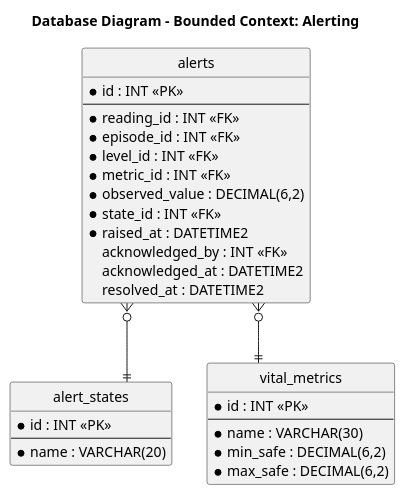
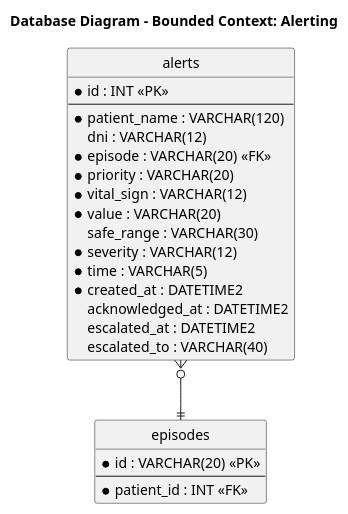
One commit to upc-pre-1ASI0730-2620-8155-SoliDevs/project-report changed the diagram in report/assets/plantuml/erd_alerts.puml. Above: the diagram before and after it, drawn with PlantUML. The commit also changed 11 other files, not shown here.

First line of the commit message:
docs(report): align class and database diagrams with implemented model

```diff
--- a/report/assets/plantuml/erd_alerts.puml
+++ b/report/assets/plantuml/erd_alerts.puml
@@ -1,34 +1,29 @@
 @startuml
 title Database Diagram - Bounded Context: Alerting
 hide circle
 skinparam linetype ortho
 
 entity "alerts" as alerts {
   * id : INT <<PK>>
   --
-  * reading_id : INT <<FK>>
-  * episode_id : INT <<FK>>
-  * level_id : INT <<FK>>
-  * metric_id : INT <<FK>>
-  * observed_value : DECIMAL(6,2)
-  * state_id : INT <<FK>>
-  * raised_at : DATETIME2
-  acknowledged_by : INT <<FK>>
+  * patient_name : VARCHAR(120)
+  dni : VARCHAR(12)
+  * episode : VARCHAR(20) <<FK>>
+  * priority : VARCHAR(20)
+  * vital_sign : VARCHAR(12)
+  * value : VARCHAR(20)
+  safe_range : VARCHAR(30)
+  * severity : VARCHAR(12)
+  * time : VARCHAR(5)
+  * created_at : DATETIME2
   acknowledged_at : DATETIME2
-  resolved_at : DATETIME2
+  escalated_at : DATETIME2
+  escalated_to : VARCHAR(40)
 }
-entity "alert_states" as astates {
-  * id : INT <<PK>>
+entity "episodes" as episodes {
+  * id : VARCHAR(20) <<PK>>
   --
-  * name : VARCHAR(20)
+  * patient_id : INT <<FK>>
 }
-entity "vital_metrics" as metrics {
-  * id : INT <<PK>>
-  --
-  * name : VARCHAR(30)
-  * min_safe : DECIMAL(6,2)
-  * max_safe : DECIMAL(6,2)
-}
-alerts }o--|| astates
-alerts }o--|| metrics
+alerts }o--|| episodes
 @enduml
```
